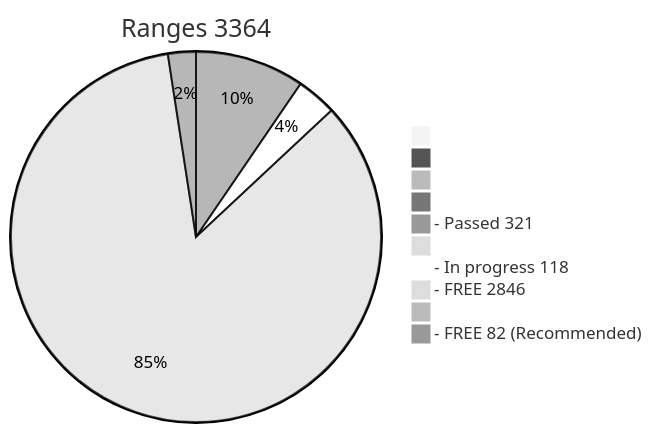
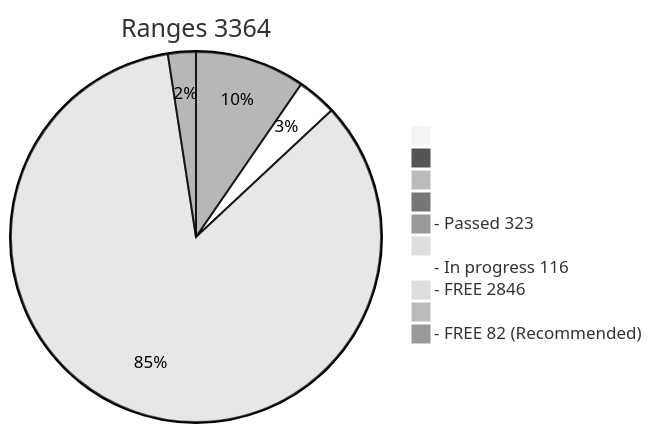
The diagram in x64/Release/table.md (phrutis/wif500), drawn with Mermaid (neutral theme) before and after one commit. The commit also changed other lines of this file, not shown here.

````diff
--- a/x64/Release/table.md
+++ b/x64/Release/table.md
@@ -2,13 +2,13 @@
 ```mermaid
 pie title Ranges 3364
   " " : 0
   "  " : 0
   "   " : 0
   "    " : 0
-  "- Passed 321" : 321
+  "- Passed 323" : 323
   "     " : 0
-  "- In progress 118" : 118
+  "- In progress 116" : 116
   "- FREE 2846" : 2846
   "      " : 0
   "- FREE 82 (Recommended)" : 82
 ```
````
